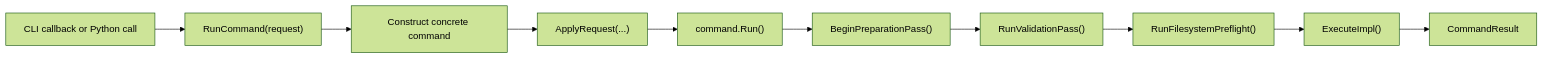
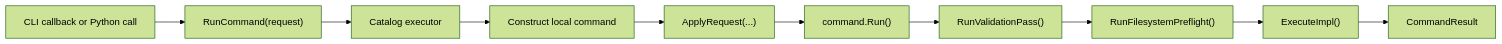
The diagram in docs/developer/architecture/command-architecture.md (yslianTim/rhbm_gem), drawn with Mermaid (forest theme) before and after one commit. The commit also changed other lines of this file and 26 other files, not shown here.

````diff
--- a/docs/developer/architecture/command-architecture.md
+++ b/docs/developer/architecture/command-architecture.md
@@ -93,12 +93,12 @@
 ```mermaid
 flowchart LR
     A["CLI callback or Python call"] --> B["RunCommand(request)"]
-    B --> C["Construct concrete command"]
-    C --> D["ApplyRequest(...)"]
-    D --> E["command.Run()"]
-    E --> F["BeginPreparationPass()"]
+    B --> C["Catalog executor"]
+    C --> D["Construct local command"]
+    D --> E["ApplyRequest(...)"]
+    E --> F["command.Run()"]
     F --> G["RunValidationPass()"]
     G --> H["RunFilesystemPreflight()"]
     H --> I["ExecuteImpl()"]
     I --> J["CommandResult"]
 ```
````
